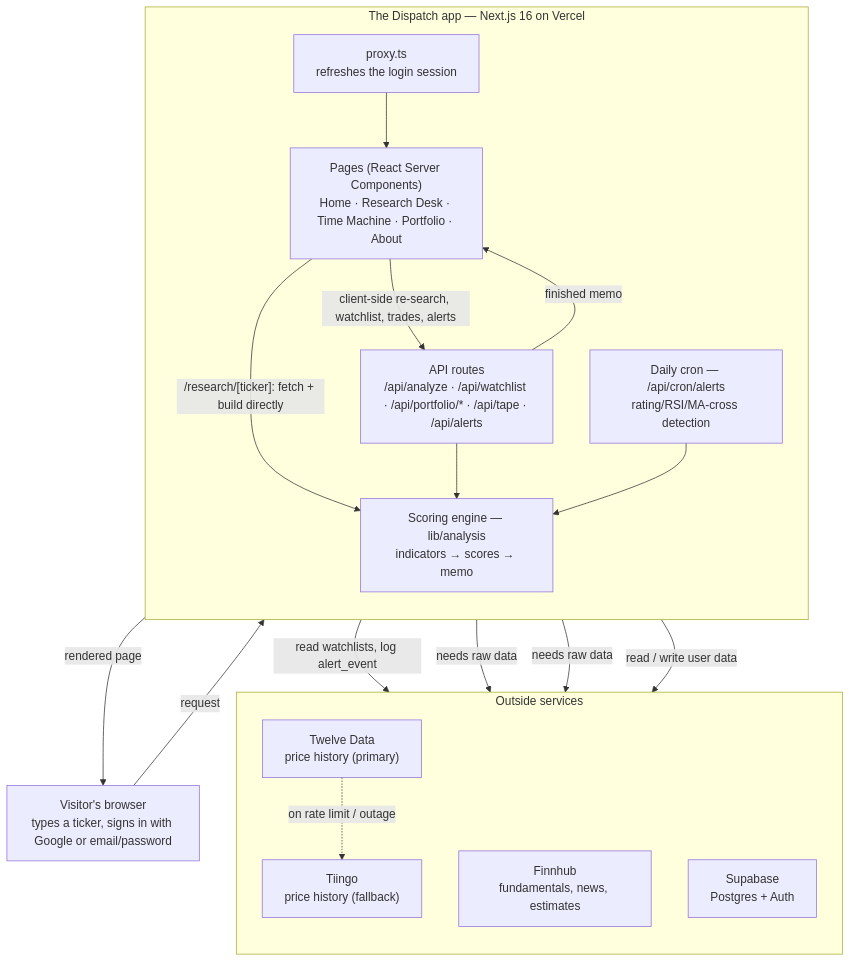
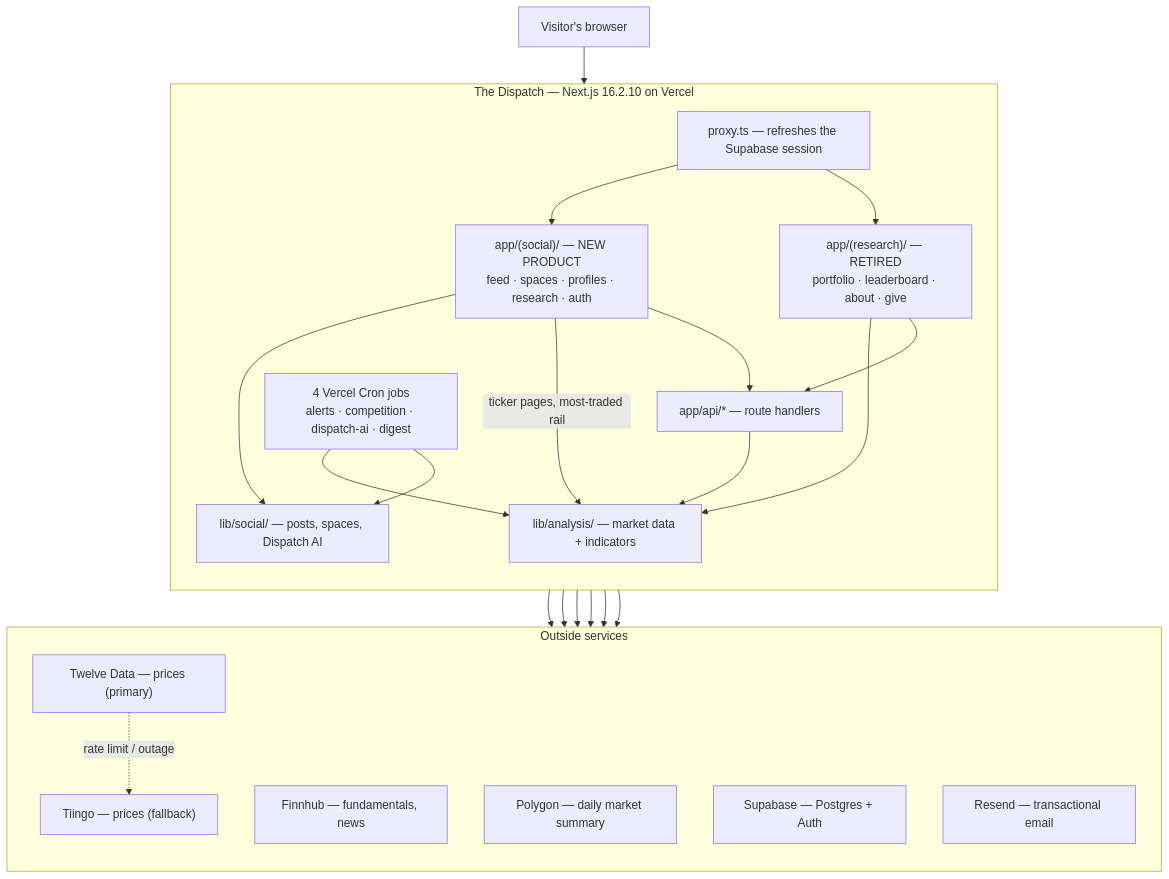
Before and after one commit to elipoteet/dispatch-web: the diagram in ARCHITECTURE.md, drawn with Mermaid. The commit also changed other lines of this file and 23 other files, not shown here.

````diff
--- a/ARCHITECTURE.md
+++ b/ARCHITECTURE.md
@@ -45,35 +125,44 @@
 ```mermaid
 flowchart TD
-    U["Visitor's browser<br/>types a ticker, signs in with Google or email/password"]
+    U["Visitor's browser"]
 
-    subgraph APP["The Dispatch app — Next.js 16 on Vercel"]
+    subgraph APP["The Dispatch — Next.js 16.2.10 on Vercel"]
         direction TB
-        PROXY["proxy.ts<br/>refreshes the login session"]
-        PAGES["Pages (React Server Components)<br/>Home · Research Desk · Time Machine · Portfolio · About"]
-        API["API routes<br/>/api/analyze · /api/watchlist · /api/portfolio/* · /api/tape · /api/alerts"]
-        CRON["Daily cron — /api/cron/alerts<br/>rating/RSI/MA-cross detection"]
-        ENGINE["Scoring engine — lib/analysis<br/>indicators → scores → memo"]
+        PROXY["proxy.ts — refreshes the Supabase session"]
+        SOCIAL["app/(social)/ — NEW PRODUCT<br/>feed · spaces · profiles · research · auth"]
+        RESEARCH["app/(research)/ — RETIRED<br/>portfolio · leaderboard · about · give"]
+        API["app/api/* — route handlers"]
+        CRON["4 Vercel Cron jobs<br/>alerts · competition · dispatch-ai · digest"]
+        ENGINE["lib/analysis/ — market data + indicators"]
+        SOCIALLIB["lib/social/ — posts, spaces, Dispatch AI"]
     end
 
     subgraph EXT["Outside services"]
         direction TB
-        TD["Twelve Data<br/>price history (primary)"]
-        TG["Tiingo<br/>price history (fallback)"]
-        FH["Finnhub<br/>fundamentals, news, estimates"]
-        SB["Supabase<br/>Postgres + Auth"]
+        TD["Twelve Data — prices (primary)"]
+        TG["Tiingo — prices (fallback)"]
+        FH["Finnhub — fundamentals, news"]
+        PG["Polygon — daily market summary"]
+        SB["Supabase — Postgres + Auth"]
+        RS["Resend — transactional email"]
     end
 
-    U -->|request| PROXY
-    PROXY --> PAGES
-    PAGES -->|"/research/[ticker]: fetch + build directly"| ENGINE
-    PAGES -->|"client-side re-search, watchlist, trades, alerts"| API
+    U --> PROXY
+    PROXY --> SOCIAL
+    PROXY --> RESEARCH
+    SOCIAL --> SOCIALLIB
+    SOCIAL -->|"ticker pages, most-traded rail"| ENGINE
+    RESEARCH --> ENGINE
+    SOCIAL --> API
+    RESEARCH --> API
     API --> ENGINE
     CRON --> ENGINE
-    CRON -->|read watchlists, log alert_event| SB
-    ENGINE -->|needs raw data| TD
-    TD -.->|"on rate limit / outage"| TG
-    ENGINE -->|needs raw data| FH
-    API -->|read / write user data| SB
-    API -->|finished memo| PAGES
-    PAGES -->|rendered page| U
+    CRON --> SOCIALLIB
+    SOCIALLIB --> SB
+    ENGINE --> TD
+    TD -.->|"rate limit / outage"| TG
+    ENGINE --> FH
+    ENGINE --> PG
+    API --> SB
+    CRON --> RS
 ```
````
